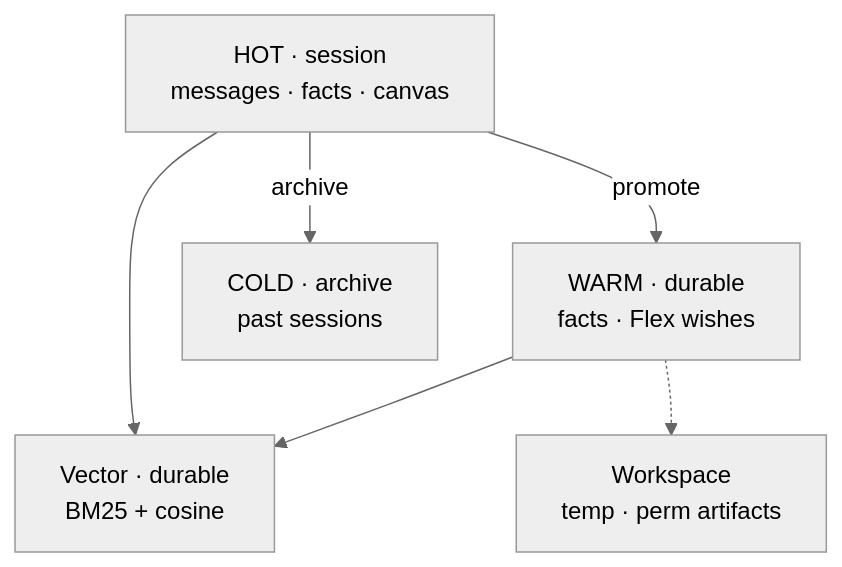
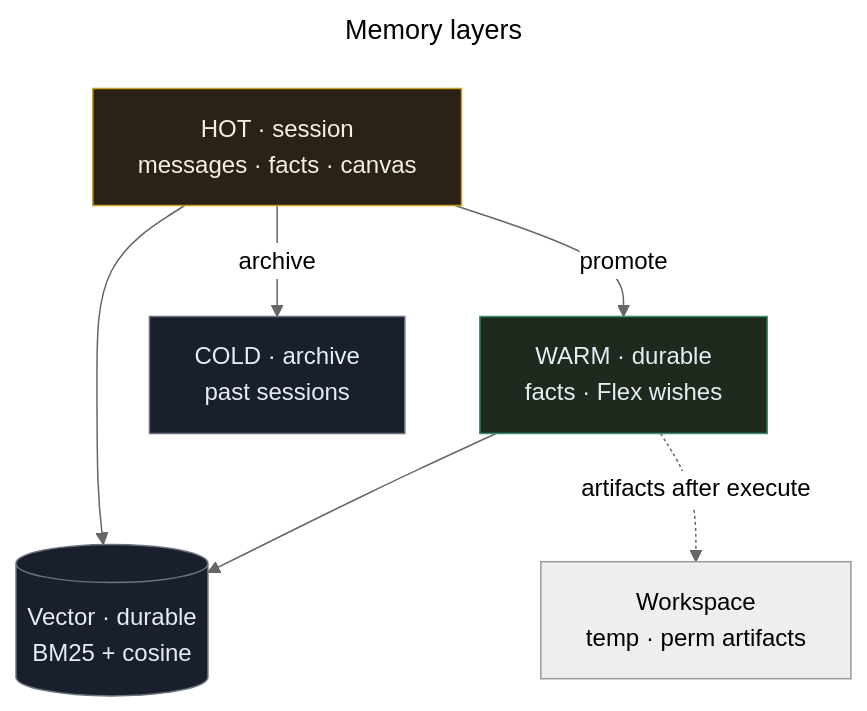
One commit to landjunge/gnom-hub-v1 changed the fourth of 4 diagrams in README.md. Above: the diagram before and after it, drawn with Mermaid (neutral theme). The commit also changed other lines of this file and 3 other files, not shown here.

First line of the commit message:
docs: deepen Mermaid syntax (state, sequence, classDef, guide)

````diff
--- a/README.md
+++ b/README.md
@@ -265,14 +299,23 @@
 ```mermaid
+---
+title: Memory layers
+---
 flowchart TB
-  HOT["HOT · session\nmessages · facts · canvas"]
-  WARM["WARM · durable\nfacts · Flex wishes"]
-  COLD["COLD · archive\npast sessions"]
-  VEC["Vector · durable\nBM25 + cosine"]
-  WORK["Workspace\ntemp · perm artifacts"]
+  HOT["HOT · session<br/>messages · facts · canvas"]
+  WARM["WARM · durable<br/>facts · Flex wishes"]
+  COLD["COLD · archive<br/>past sessions"]
+  VEC[("Vector · durable<br/>BM25 + cosine")]
+  WORK["Workspace<br/>temp · perm artifacts"]
 
-  HOT -->|promote| WARM
-  HOT -->|archive| COLD
-  WARM --> VEC
-  HOT --> VEC
-  WARM -.-> WORK
+  HOT -->|"promote"| WARM
+  HOT -->|"archive"| COLD
+  HOT & WARM --> VEC
+  WARM -.->|"artifacts after execute"| WORK
+
+  classDef hot fill:#2a2218,stroke:#c9a227,color:#f5f0e6
+  classDef warm fill:#1e2a1e,stroke:#3a8f6e,color:#e6edf3
+  classDef cold fill:#1a1f2e,stroke:#6b7280,color:#e6edf3
+  class HOT hot
+  class WARM warm
+  class COLD,VEC cold
 ```
````
